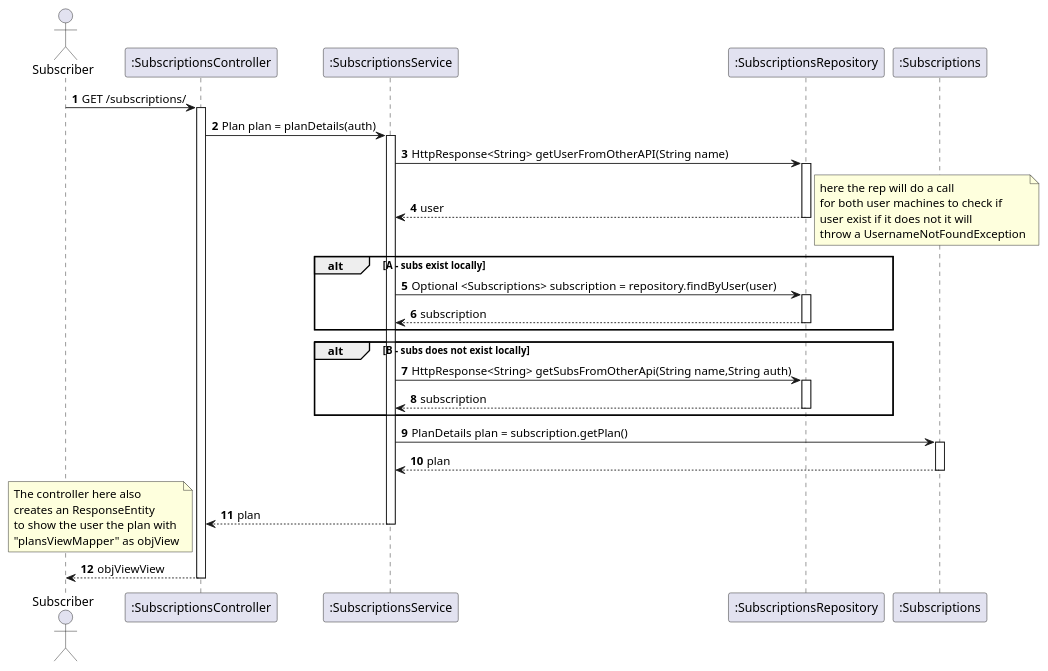
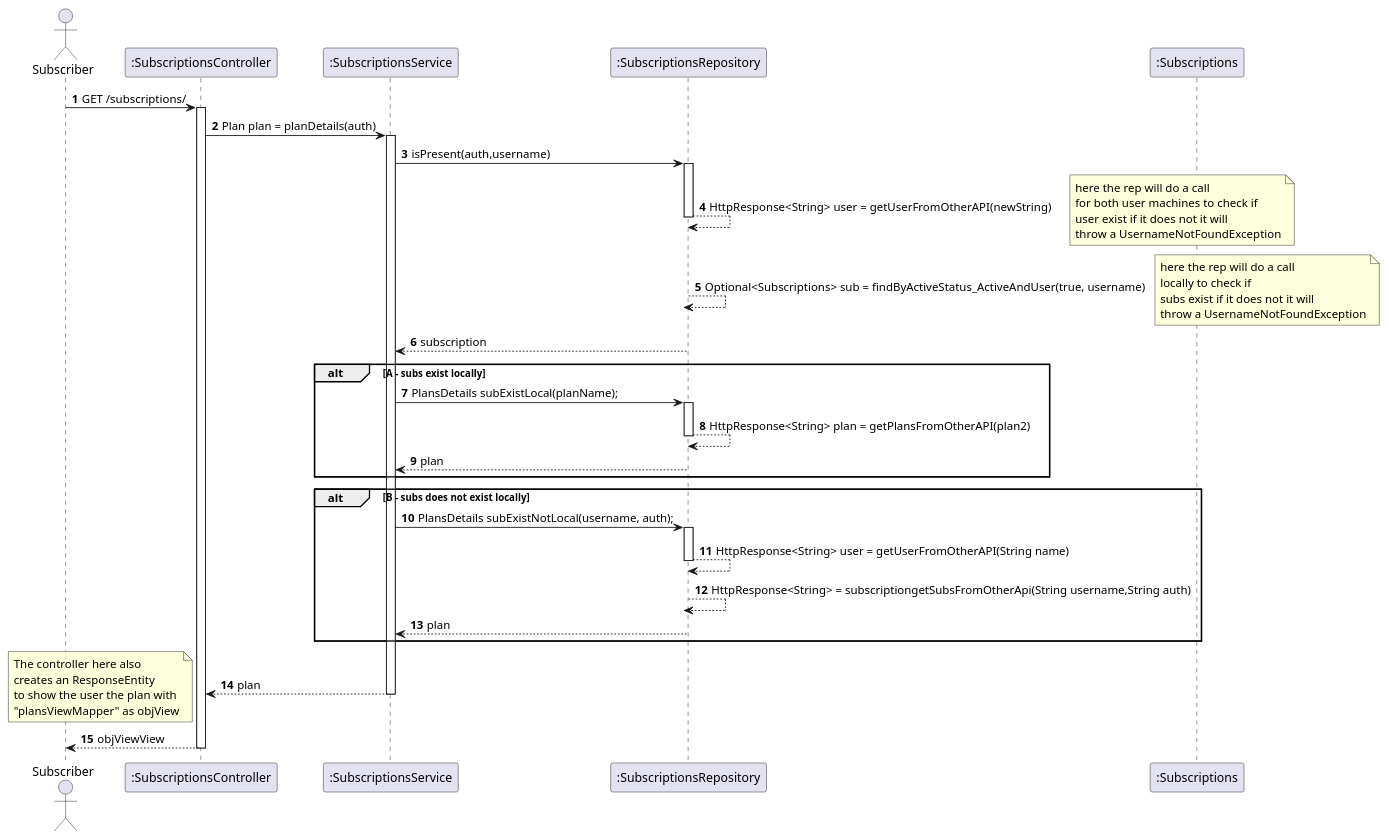
Before and after one commit to IsepMartimOliveira/SIDIS: the diagram in docs_sidis/Subs/UC09 - GetSubs_PlanInfo/UC09-SD.puml, drawn with PlantUML. The commit also changed 35 other files, not shown here.

```diff
--- a/docs_sidis/Subs/UC09 - GetSubs_PlanInfo/UC09-SD.puml
+++ b/docs_sidis/Subs/UC09 - GetSubs_PlanInfo/UC09-SD.puml
@@ -1,49 +1,61 @@
 @startuml
 'https://plantuml.com/sequence-diagram
 autoactivate on
 autonumber
 
 
 actor "Subscriber" as Ac
 participant ":SubscriptionsController" as Ctrl
 participant ":SubscriptionsService" as Serv
 participant ":SubscriptionsRepository" as SubRepo
 participant ":Subscriptions" as Sub
 
 Ac -> Ctrl : GET /subscriptions/
 Ctrl -> Serv : Plan plan = planDetails(auth)
 
-Serv -> SubRepo : HttpResponse<String> getUserFromOtherAPI(String name)
-
-SubRepo --> Serv : user
-
+Serv -> SubRepo: isPresent(auth,username)
+SubRepo --> SubRepo:  HttpResponse<String> user = getUserFromOtherAPI(newString)
 note right
   here the rep will do a call
   for both user machines to check if
   user exist if it does not it will
   throw a UsernameNotFoundException
 end note
+SubRepo --> SubRepo: Optional<Subscriptions> sub = findByActiveStatus_ActiveAndUser(true, username)
+note right
+  here the rep will do a call
+  locally to check if
+  subs exist if it does not it will
+  throw a UsernameNotFoundException
+end note
+SubRepo --> Serv: subscription
+
+
 alt A - subs exist locally
-Serv -> SubRepo :Optional <Subscriptions> subscription = repository.findByUser(user)
-SubRepo --> Serv : subscription
+Serv -> SubRepo:PlansDetails subExistLocal(planName);
+
+SubRepo --> SubRepo :HttpResponse<String> plan = getPlansFromOtherAPI(plan2)
+SubRepo --> Serv : plan
 end alt
 alt B - subs does not exist locally
-Serv -> SubRepo : HttpResponse<String> getSubsFromOtherApi(String name,String auth)
-SubRepo --> Serv : subscription
+
+Serv -> SubRepo:PlansDetails subExistNotLocal(username, auth);
+
+SubRepo --> SubRepo : HttpResponse<String> user = getUserFromOtherAPI(String name)
+SubRepo --> SubRepo : HttpResponse<String> = subscriptiongetSubsFromOtherApi(String username,String auth)
+SubRepo --> Serv : plan
 end alt
 
 
-Serv -> Sub: PlanDetails plan = subscription.getPlan()
-Sub --> Serv: plan
 Serv --> Ctrl: plan
 
 
 note left
  The controller here also
  creates an ResponseEntity
  to show the user the plan with
  "plansViewMapper" as objView
 end note
 Ac <-- Ctrl : objViewView
 
 @enduml
```
